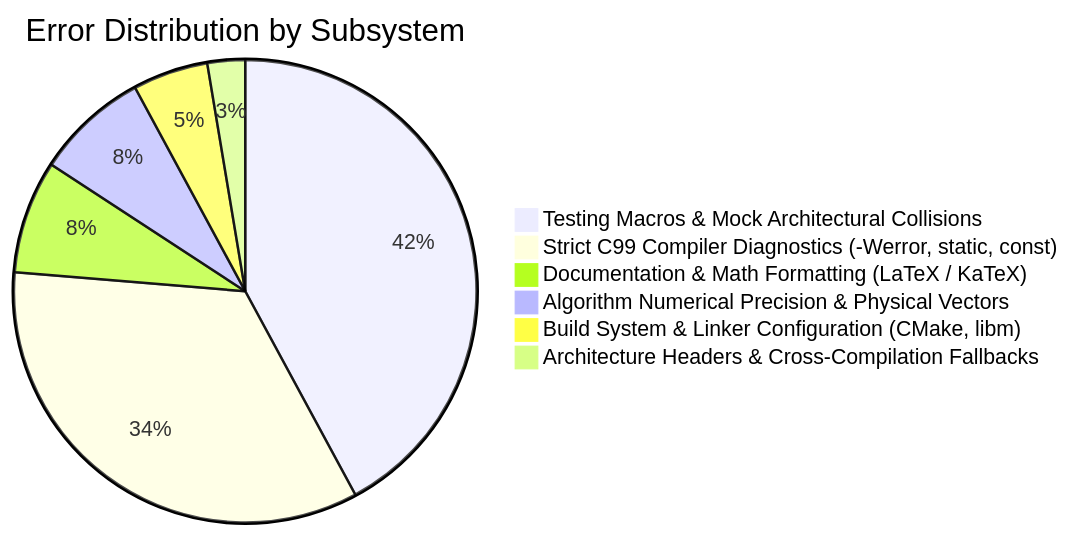
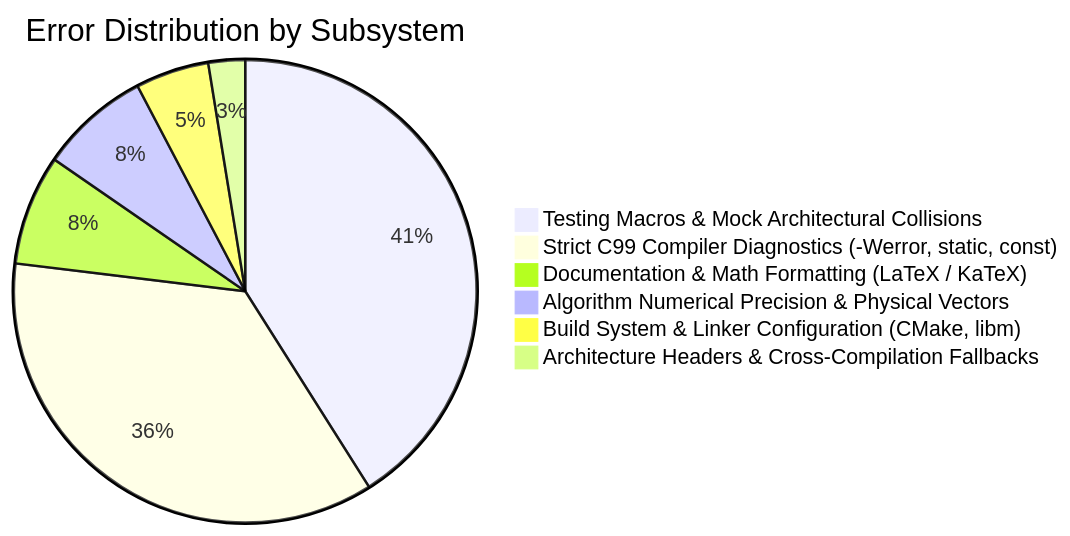
One commit to Thejus26/rain-predict changed the diagram in context/errors/README.md. Above: the diagram before and after it, drawn with Mermaid. The commit also changed other lines of this file and 2 other files, not shown here.

Commit message:
fix(lorawan): resolve ERR-039 implicit HAL function declarations in target build

````diff
--- a/context/errors/README.md
+++ b/context/errors/README.md
@@ -54,9 +55,9 @@
 ```mermaid
 pie title Error Distribution by Subsystem
     "Testing Macros & Mock Architectural Collisions" : 16
-    "Strict C99 Compiler Diagnostics (-Werror, static, const)" : 13
+    "Strict C99 Compiler Diagnostics (-Werror, static, const)" : 14
     "Documentation & Math Formatting (LaTeX / KaTeX)" : 3
     "Algorithm Numerical Precision & Physical Vectors" : 3
     "Build System & Linker Configuration (CMake, libm)" : 2
     "Architecture Headers & Cross-Compilation Fallbacks" : 1
 ```
````
